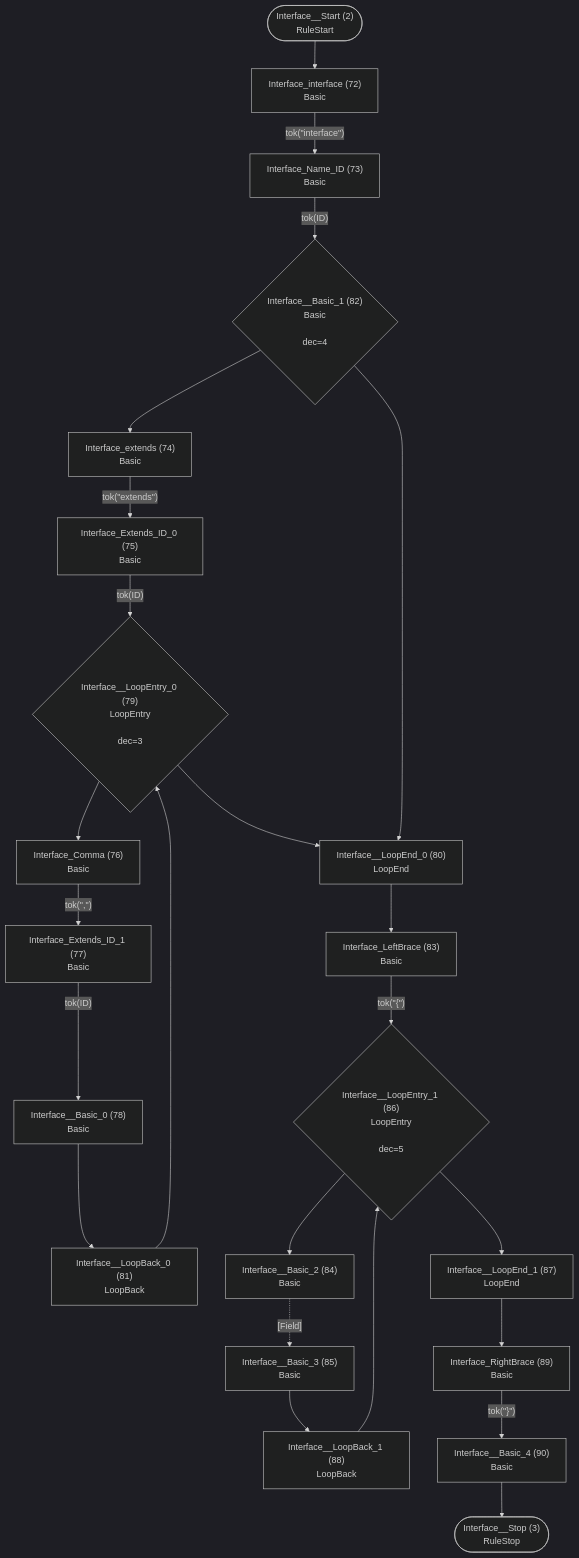
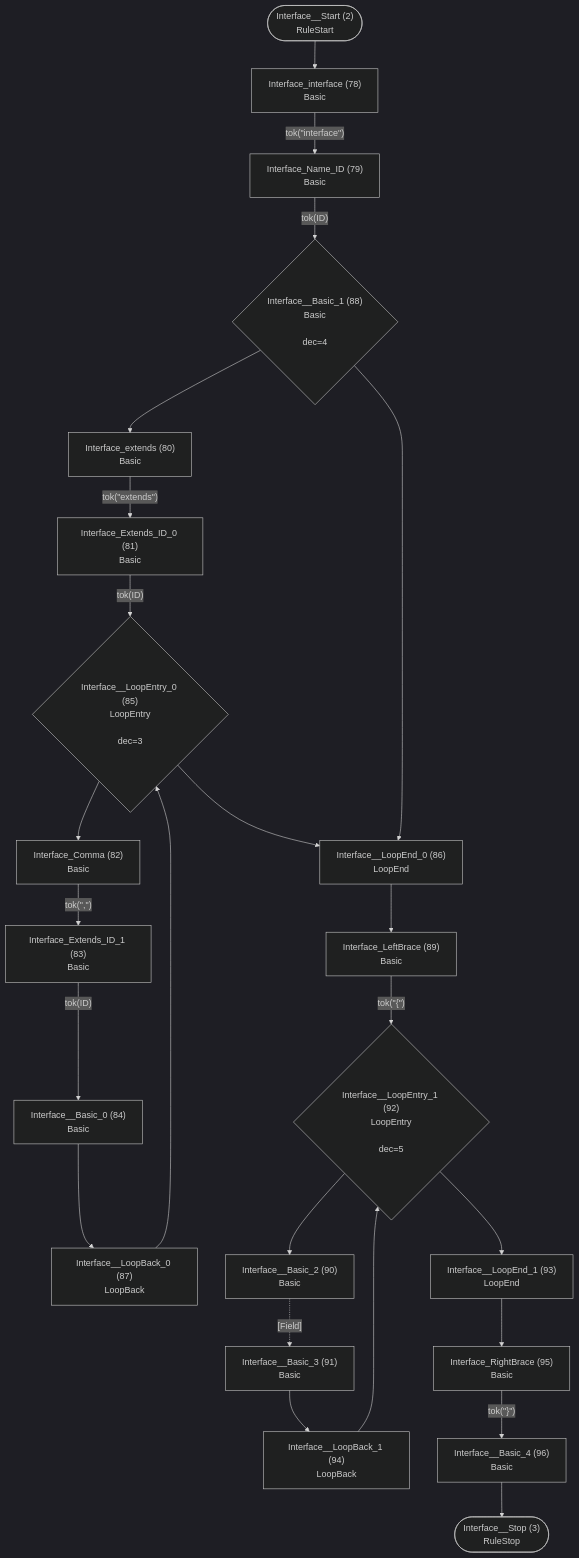
Before and after one commit to TypeFox/fastbelt: the second of 28 diagrams in internal/grammar/atn.md, drawn with Mermaid (dark theme). The commit also changed other lines of this file and 8 other files, not shown here.

````diff
--- a/internal/grammar/atn.md
+++ b/internal/grammar/atn.md
@@ -61,48 +66,48 @@
 ```mermaid
 flowchart TD
     q2(["Interface__Start (2)<br/>RuleStart"])
     q3(["Interface__Stop (3)<br/>RuleStop"])
-    q72["Interface_interface (72)<br/>Basic<br/>"]
-    q73["Interface_Name_ID (73)<br/>Basic<br/>"]
-    q74["Interface_extends (74)<br/>Basic<br/>"]
-    q75["Interface_Extends_ID_0 (75)<br/>Basic<br/>"]
-    q76["Interface_Comma (76)<br/>Basic<br/>"]
-    q77["Interface_Extends_ID_1 (77)<br/>Basic<br/>"]
-    q78["Interface__Basic_0 (78)<br/>Basic<br/>"]
-    q79{"Interface__LoopEntry_0 (79)<br/>LoopEntry<br/><br/>dec=3"}
-    q80["Interface__LoopEnd_0 (80)<br/>LoopEnd<br/>"]
-    q81["Interface__LoopBack_0 (81)<br/>LoopBack<br/>"]
-    q82{"Interface__Basic_1 (82)<br/>Basic<br/><br/>dec=4"}
-    q83["Interface_LeftBrace (83)<br/>Basic<br/>"]
-    q84["Interface__Basic_2 (84)<br/>Basic<br/>"]
-    q85["Interface__Basic_3 (85)<br/>Basic<br/>"]
-    q86{"Interface__LoopEntry_1 (86)<br/>LoopEntry<br/><br/>dec=5"}
-    q87["Interface__LoopEnd_1 (87)<br/>LoopEnd<br/>"]
-    q88["Interface__LoopBack_1 (88)<br/>LoopBack<br/>"]
-    q89["Interface_RightBrace (89)<br/>Basic<br/>"]
-    q90["Interface__Basic_4 (90)<br/>Basic<br/>"]
+    q78["Interface_interface (78)<br/>Basic<br/>"]
+    q79["Interface_Name_ID (79)<br/>Basic<br/>"]
+    q80["Interface_extends (80)<br/>Basic<br/>"]
+    q81["Interface_Extends_ID_0 (81)<br/>Basic<br/>"]
+    q82["Interface_Comma (82)<br/>Basic<br/>"]
+    q83["Interface_Extends_ID_1 (83)<br/>Basic<br/>"]
+    q84["Interface__Basic_0 (84)<br/>Basic<br/>"]
+    q85{"Interface__LoopEntry_0 (85)<br/>LoopEntry<br/><br/>dec=3"}
+    q86["Interface__LoopEnd_0 (86)<br/>LoopEnd<br/>"]
+    q87["Interface__LoopBack_0 (87)<br/>LoopBack<br/>"]
+    q88{"Interface__Basic_1 (88)<br/>Basic<br/><br/>dec=4"}
+    q89["Interface_LeftBrace (89)<br/>Basic<br/>"]
+    q90["Interface__Basic_2 (90)<br/>Basic<br/>"]
+    q91["Interface__Basic_3 (91)<br/>Basic<br/>"]
+    q92{"Interface__LoopEntry_1 (92)<br/>LoopEntry<br/><br/>dec=5"}
+    q93["Interface__LoopEnd_1 (93)<br/>LoopEnd<br/>"]
+    q94["Interface__LoopBack_1 (94)<br/>LoopBack<br/>"]
+    q95["Interface_RightBrace (95)<br/>Basic<br/>"]
+    q96["Interface__Basic_4 (96)<br/>Basic<br/>"]
 
-    q2 --> q72
-    q72 -->|"tok(&quot;interface&quot;)"| q73
-    q73 -->|"tok(ID)"| q82
-    q74 -->|"tok(&quot;extends&quot;)"| q75
-    q75 -->|"tok(ID)"| q79
-    q76 -->|"tok(&quot;,&quot;)"| q77
-    q77 -->|"tok(ID)"| q78
-    q78 --> q81
-    q79 --> q76
-    q79 --> q80
-    q80 --> q83
-    q81 --> q79
-    q82 --> q74
-    q82 --> q80
-    q83 -->|"tok(&quot;{&quot;)"| q86
-    q84 -.->|"[Field]"| q85
-    q85 --> q88
-    q86 --> q84
-    q86 --> q87
-    q87 --> q89
+    q2 --> q78
+    q78 -->|"tok(&quot;interface&quot;)"| q79
+    q79 -->|"tok(ID)"| q88
+    q80 -->|"tok(&quot;extends&quot;)"| q81
+    q81 -->|"tok(ID)"| q85
+    q82 -->|"tok(&quot;,&quot;)"| q83
+    q83 -->|"tok(ID)"| q84
+    q84 --> q87
+    q85 --> q82
+    q85 --> q86
+    q86 --> q89
+    q87 --> q85
+    q88 --> q80
     q88 --> q86
-    q89 -->|"tok(&quot;}&quot;)"| q90
-    q90 --> q3
+    q89 -->|"tok(&quot;{&quot;)"| q92
+    q90 -.->|"[Field]"| q91
+    q91 --> q94
+    q92 --> q90
+    q92 --> q93
+    q93 --> q95
+    q94 --> q92
+    q95 -->|"tok(&quot;}&quot;)"| q96
+    q96 --> q3
 ```
````
